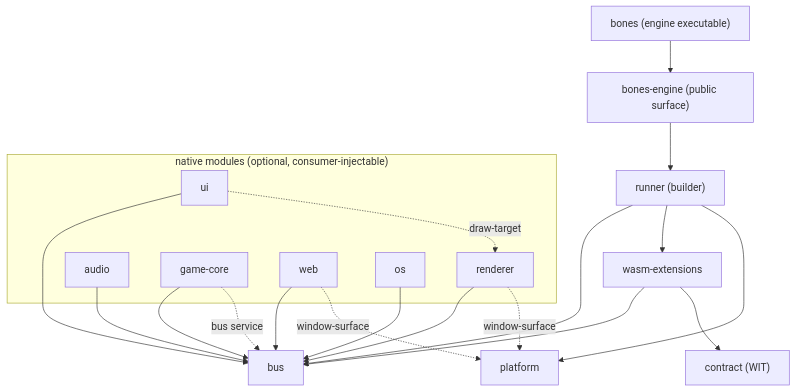
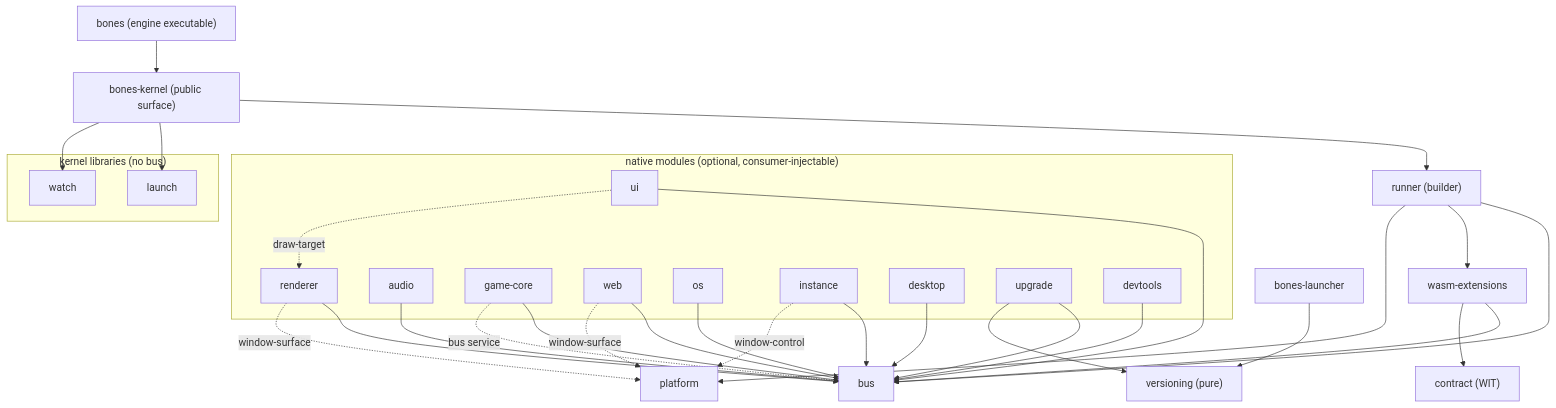
One commit to an-dr/bones changed the diagram in docs/architecture/structure.md. Above: the diagram before and after it, drawn with Mermaid. The commit also changed other lines of this file and 423 other files, not shown here.

First line of the commit message:
feat!: add the desktop application shell for engine 2.0.0

````diff
--- a/docs/architecture/structure.md
+++ b/docs/architecture/structure.md
@@ -73,28 +98,46 @@
 ```mermaid
 graph TD
-    App["bones (engine executable)"] --> Facade["bones-engine (public surface)"]
+    App["bones (engine executable)"] --> Facade["bones-kernel (public surface)"]
     Facade --> Runner["runner (builder)"]
     Runner --> Bus["bus"]
     Runner --> WasmExtensions["wasm-extensions"]
     Runner --> Platform["platform"]
     WasmExtensions --> Bus
     WasmExtensions --> Contract["contract (WIT)"]
     subgraph Modules["native modules (optional, consumer-injectable)"]
         Renderer["renderer"]
         UI["ui"]
         Audio["audio"]
         GameCore["game-core"]
         Web["web"]
         OS["os"]
+        Instance["instance"]
+        Desktop["desktop"]
+        Upgrader["upgrade"]
+        Devtools["devtools"]
     end
+    subgraph Libraries["kernel libraries (no bus)"]
+        Launch["launch"]
+        Watch["watch"]
+    end
+    Versioning["versioning (pure)"]
+    Launcher["bones-launcher"] --> Versioning
+    Facade --> Launch
+    Facade --> Watch
     Renderer --> Bus
     UI --> Bus
     Audio --> Bus
     GameCore --> Bus
     Web --> Bus
     OS --> Bus
+    Instance --> Bus
+    Desktop --> Bus
+    Upgrader --> Bus
+    Devtools --> Bus
+    Upgrader --> Versioning
+    Instance -. "window-control" .-> Platform
     Renderer -. "window-surface" .-> Platform
     UI -. "draw-target" .-> Renderer
     GameCore -. "bus service" .-> Bus
     Web -. "window-surface" .-> Platform
 ```
````
